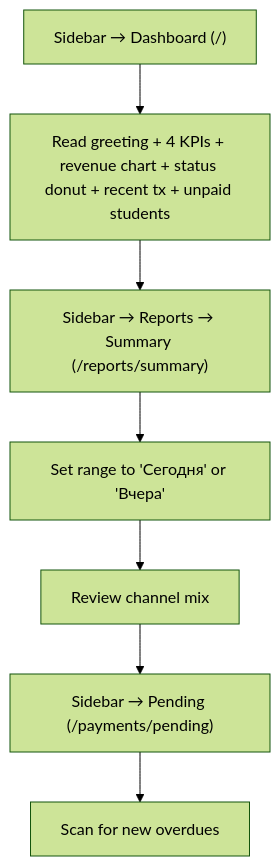
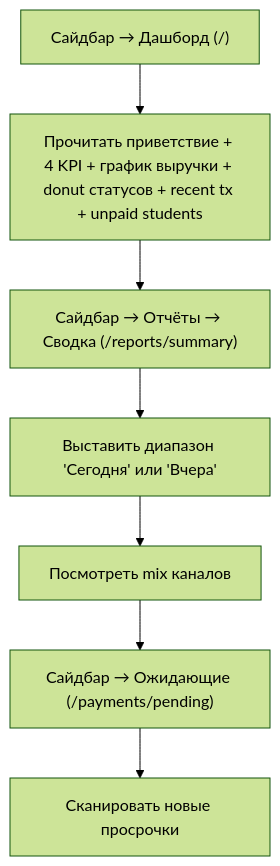
Before and after one commit to SardorAllaberganov/unipay-dashboard: diagram 17 of 19 in docs/USER_FLOWS_BY_ROLE.md, drawn with Mermaid (forest theme). The commit also changed other lines of this file and 1 other file, not shown here.

First line of the commit message:
docs: translate IA + role-flow docs to Russian

````diff
--- a/docs/USER_FLOWS_BY_ROLE.md
+++ b/docs/USER_FLOWS_BY_ROLE.md
@@ -609,9 +609,9 @@
 ```mermaid
 flowchart TD
-  A["Sidebar → Dashboard (/)"] --> B[Read greeting + 4 KPIs + revenue chart + status donut + recent tx + unpaid students]
-  B --> C["Sidebar → Reports → Summary (/reports/summary)"]
-  C --> D["Set range to 'Сегодня' or 'Вчера'"]
-  D --> E[Review channel mix]
-  E --> F["Sidebar → Pending (/payments/pending)"]
-  F --> G[Scan for new overdues]
+  A["Сайдбар → Дашборд (/)"] --> B[Прочитать приветствие + 4 KPI + график выручки + donut статусов + recent tx + unpaid students]
+  B --> C["Сайдбар → Отчёты → Сводка (/reports/summary)"]
+  C --> D["Выставить диапазон 'Сегодня' или 'Вчера'"]
+  D --> E[Посмотреть mix каналов]
+  E --> F["Сайдбар → Ожидающие (/payments/pending)"]
+  F --> G[Сканировать новые просрочки]
 ```
````
